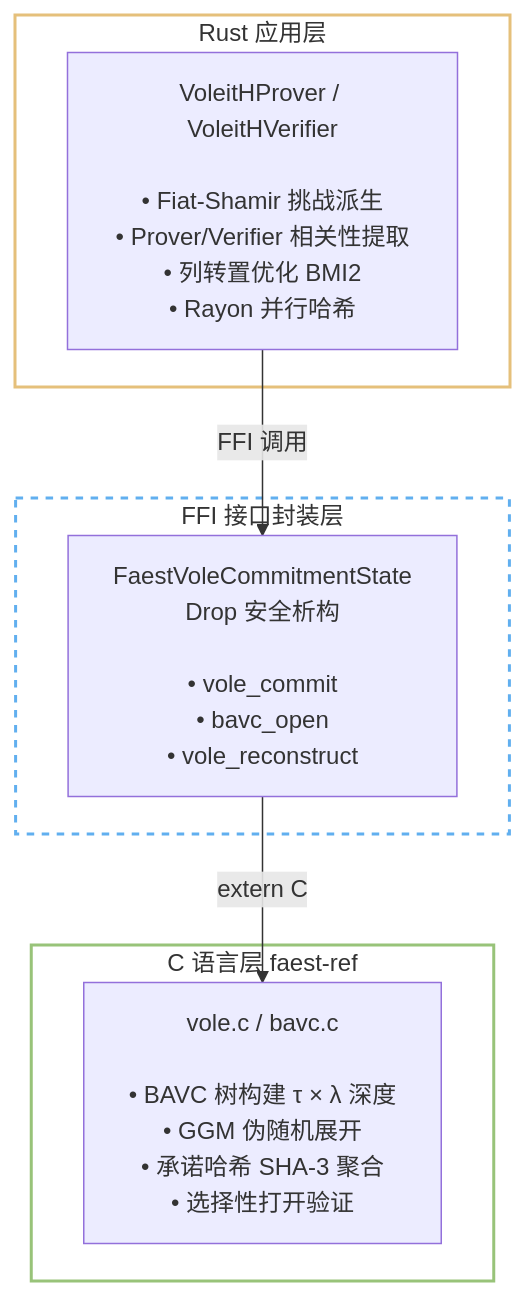
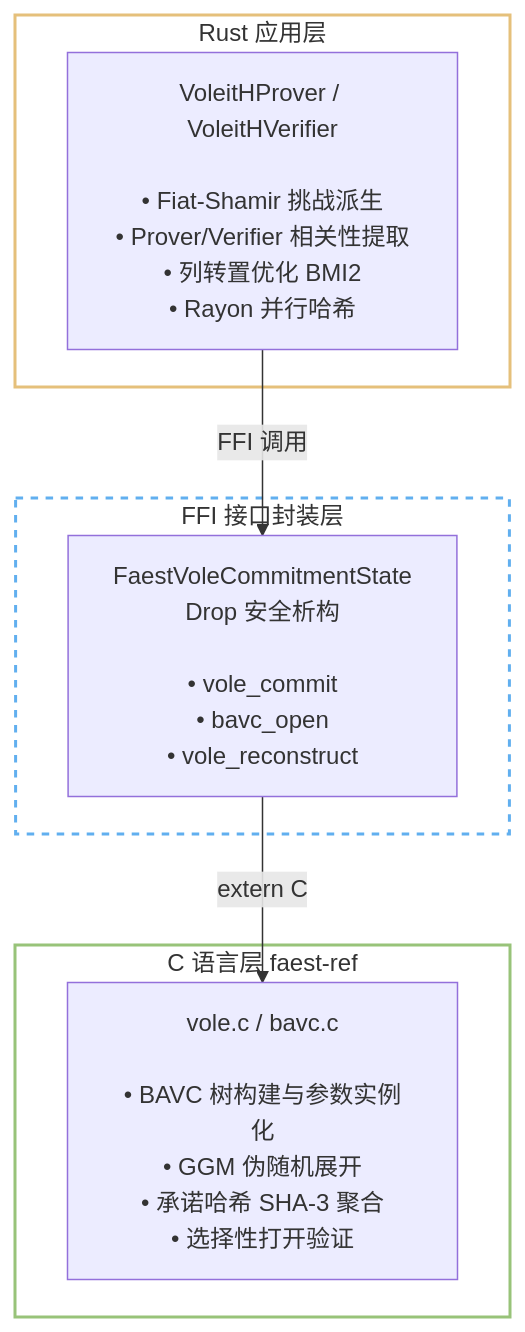
Before and after one commit to coperlm/CodeBasedZKPwithVOLEitH_README: the third of 3 diagrams in src/3_VOLEitH状态机与FFI.md, drawn with Mermaid. The commit also changed other lines of this file and 9 other files, not shown here.

````diff
--- a/src/3_VOLEitH状态机与FFI.md
+++ b/src/3_VOLEitH状态机与FFI.md
@@ -398,21 +398,21 @@
 ```mermaid
 graph TD
     subgraph Rust_App [Rust 应用层]
         A["VoleitHProver / VoleitHVerifier<br/><br/>• Fiat-Shamir 挑战派生<br/>• Prover/Verifier 相关性提取<br/>• 列转置优化 BMI2<br/>• Rayon 并行哈希"]
     end
 
     subgraph Rust_FFI [FFI 接口封装层]
         B["FaestVoleCommitmentState<br/>Drop 安全析构<br/><br/>• vole_commit<br/>• bavc_open<br/>• vole_reconstruct"]
     end
 
     subgraph C_Lib [C 语言层 faest-ref]
-        C["vole.c / bavc.c<br/><br/>• BAVC 树构建 τ × λ 深度<br/>• GGM 伪随机展开<br/>• 承诺哈希 SHA-3 聚合<br/>• 选择性打开验证"]
+        C["vole.c / bavc.c<br/><br/>• BAVC 树构建与参数实例化<br/>• GGM 伪随机展开<br/>• 承诺哈希 SHA-3 聚合<br/>• 选择性打开验证"]
     end
 
     A -->|FFI 调用| B
     B -->|extern C| C
 
     style Rust_App fill:none,stroke:#e5c07b,stroke-width:2px
     style Rust_FFI fill:none,stroke:#61afef,stroke-width:2px,stroke-dasharray: 5 5
     style C_Lib fill:none,stroke:#98c379,stroke-width:2px
 ```
````
